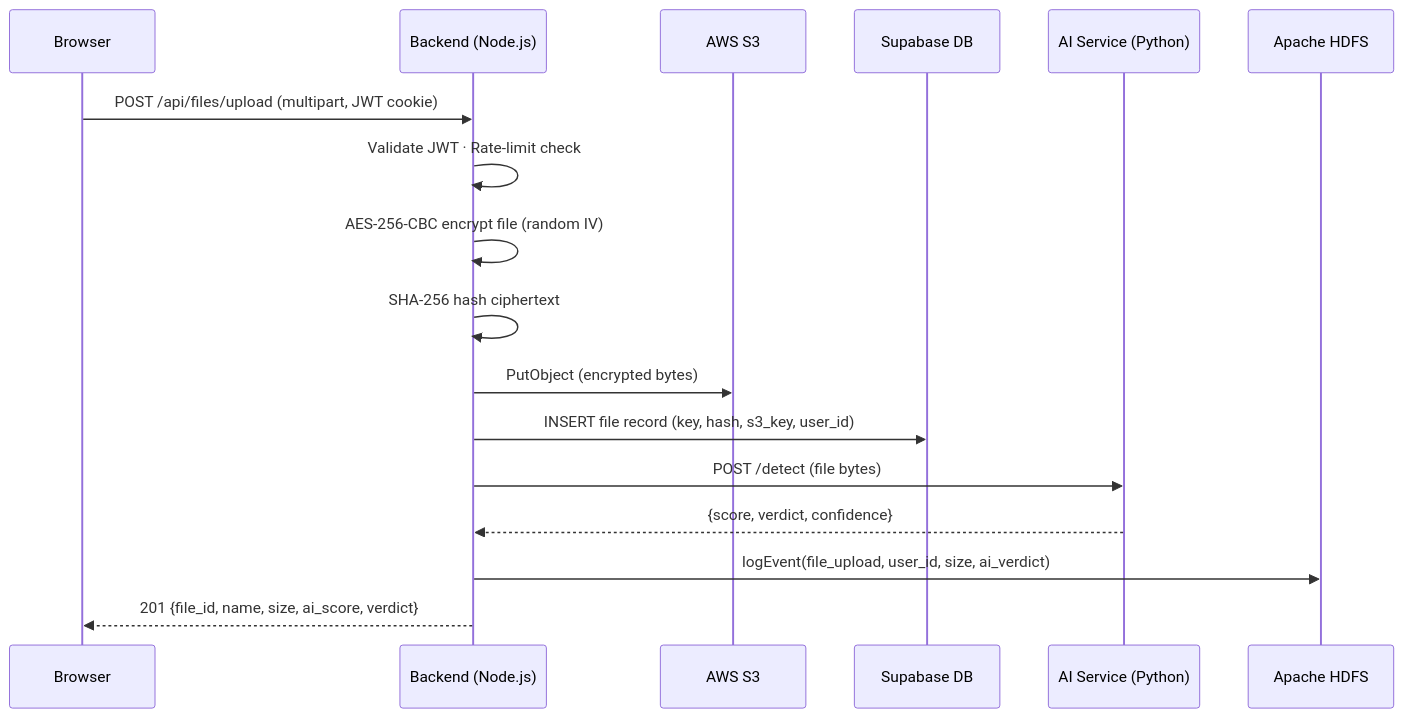
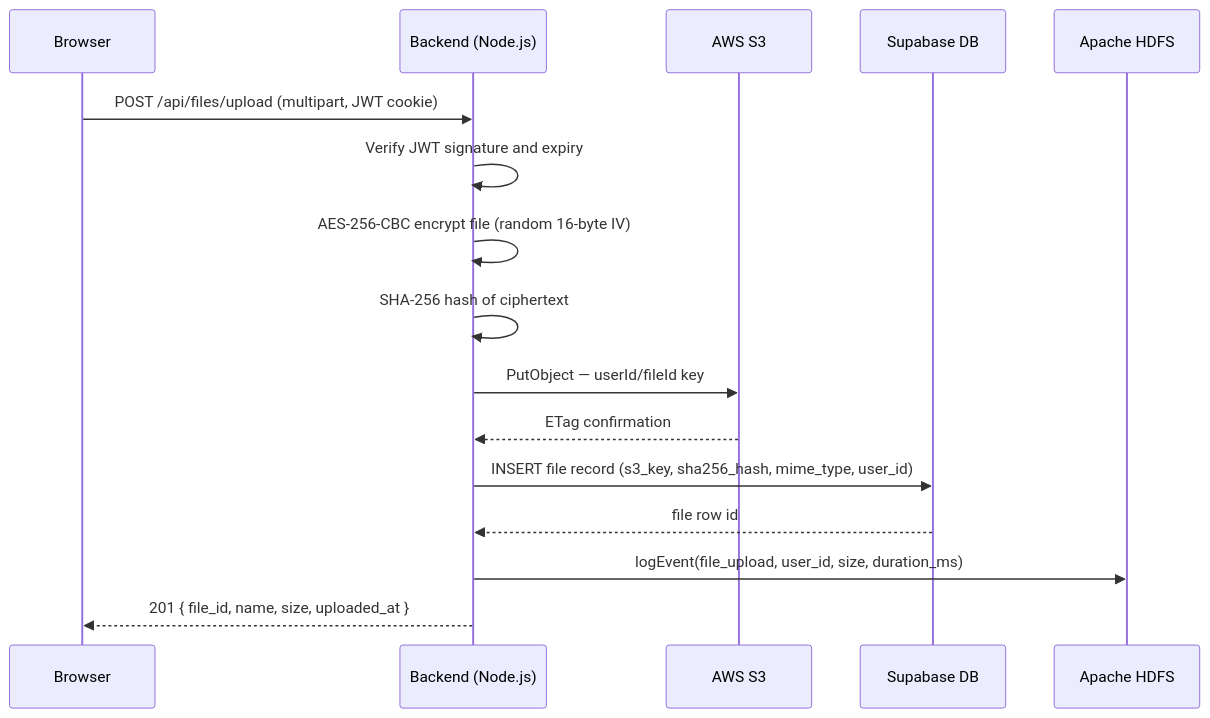
One commit to securitywithhem/vaultiq changed the second of 13 diagrams in README.md. Above: the diagram before and after it, drawn with Mermaid. The commit also changed other lines of this file, not shown here.

````diff
--- a/README.md
+++ b/README.md
@@ -82,20 +147,19 @@
 ```mermaid
 sequenceDiagram
     participant U as Browser
     participant B as Backend (Node.js)
     participant S3 as AWS S3
     participant DB as Supabase DB
-    participant AI as AI Service (Python)
     participant HDFS as Apache HDFS
 
     U->>B: POST /api/files/upload (multipart, JWT cookie)
-    B->>B: Validate JWT · Rate-limit check
-    B->>B: AES-256-CBC encrypt file (random IV)
-    B->>B: SHA-256 hash ciphertext
-    B->>S3: PutObject (encrypted bytes)
-    B->>DB: INSERT file record (key, hash, s3_key, user_id)
-    B->>AI: POST /detect (file bytes)
-    AI-->>B: {score, verdict, confidence}
-    B->>HDFS: logEvent(file_upload, user_id, size, ai_verdict)
-    B-->>U: 201 {file_id, name, size, ai_score, verdict}
+    B->>B: Verify JWT signature and expiry
+    B->>B: AES-256-CBC encrypt file (random 16-byte IV)
+    B->>B: SHA-256 hash of ciphertext
+    B->>S3: PutObject — userId/fileId key
+    S3-->>B: ETag confirmation
+    B->>DB: INSERT file record (s3_key, sha256_hash, mime_type, user_id)
+    DB-->>B: file row id
+    B->>HDFS: logEvent(file_upload, user_id, size, duration_ms)
+    B-->>U: 201 { file_id, name, size, uploaded_at }
 ```
````
